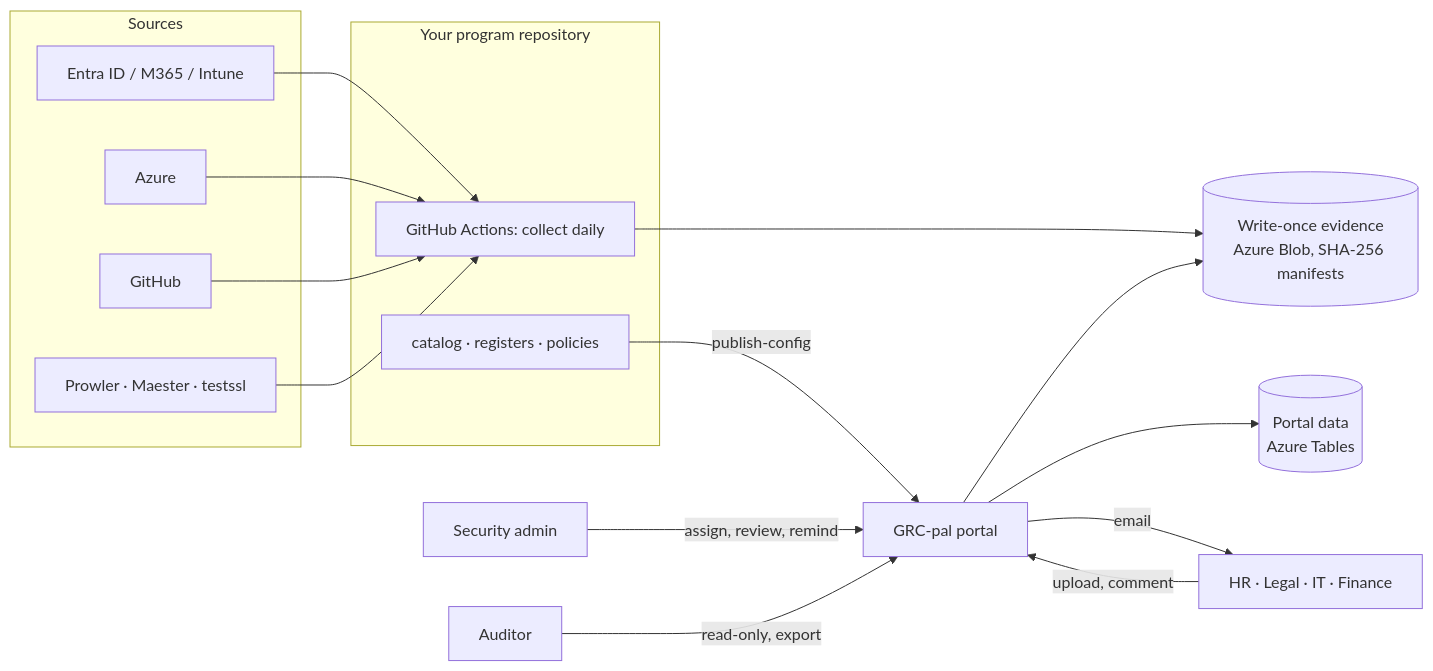
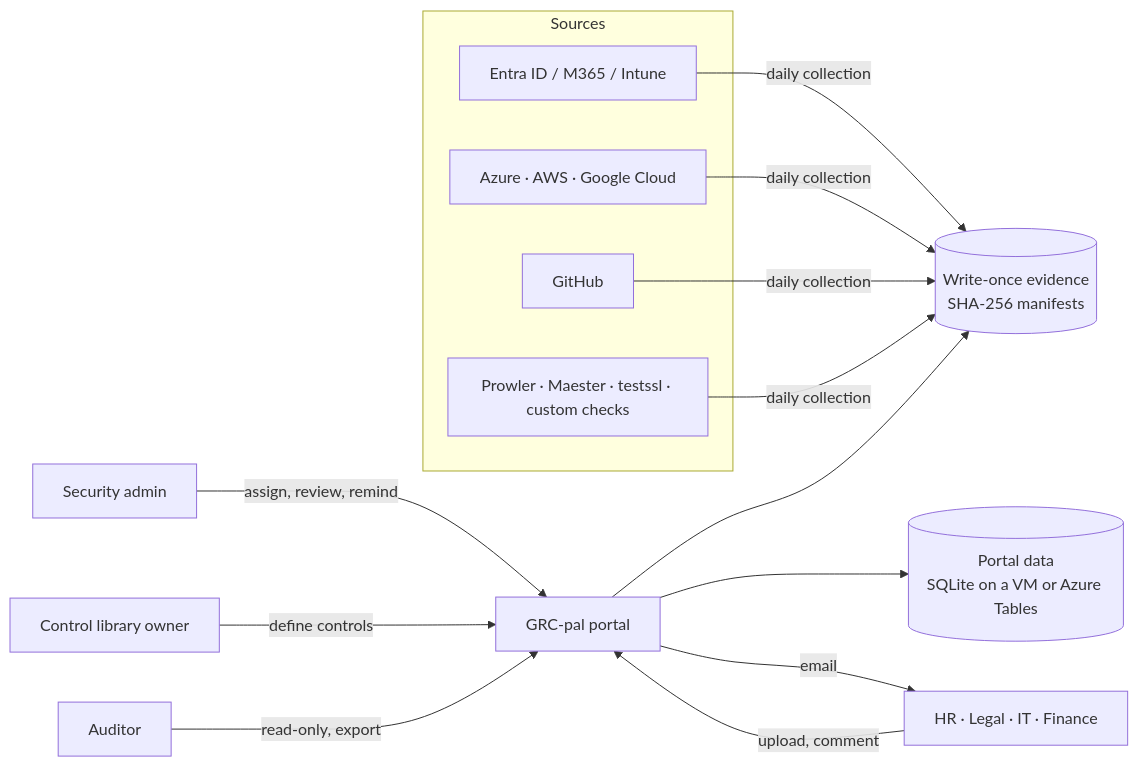
Before and after one commit to seattlespicybite/grc-pal: the diagram in README.md, drawn with Mermaid. The commit also changed other lines of this file and 6 other files, not shown here.

````diff
--- a/README.md
+++ b/README.md
@@ -45,21 +58,17 @@
 ```mermaid
 flowchart LR
   subgraph Sources
     E[Entra ID / M365 / Intune]
-    A[Azure]
+    A[Azure · AWS · Google Cloud]
     G[GitHub]
-    S[Prowler · Maester · testssl]
+    S[Prowler · Maester · testssl · custom checks]
   end
-  subgraph Repo [Your program repository]
-    C[catalog · registers · policies]
-    W[GitHub Actions: collect daily]
-  end
-  E & A & G & S --> W --> V[(Write-once evidence<br/>Azure Blob, SHA-256 manifests)]
-  C -- publish-config --> P
+  E & A & G & S -- daily collection --> V[(Write-once evidence<br/>SHA-256 manifests)]
   P[GRC-pal portal] --> V
-  P --> T[(Portal data<br/>Azure Tables)]
+  P --> T[(Portal data<br/>SQLite on a VM or Azure Tables)]
   People[HR · Legal · IT · Finance] -- upload, comment --> P
   Admin[Security admin] -- assign, review, remind --> P
+  Lib[Control library owner] -- define controls --> P
   Auditor -- read-only, export --> P
   P -- email --> People
 ```
````
